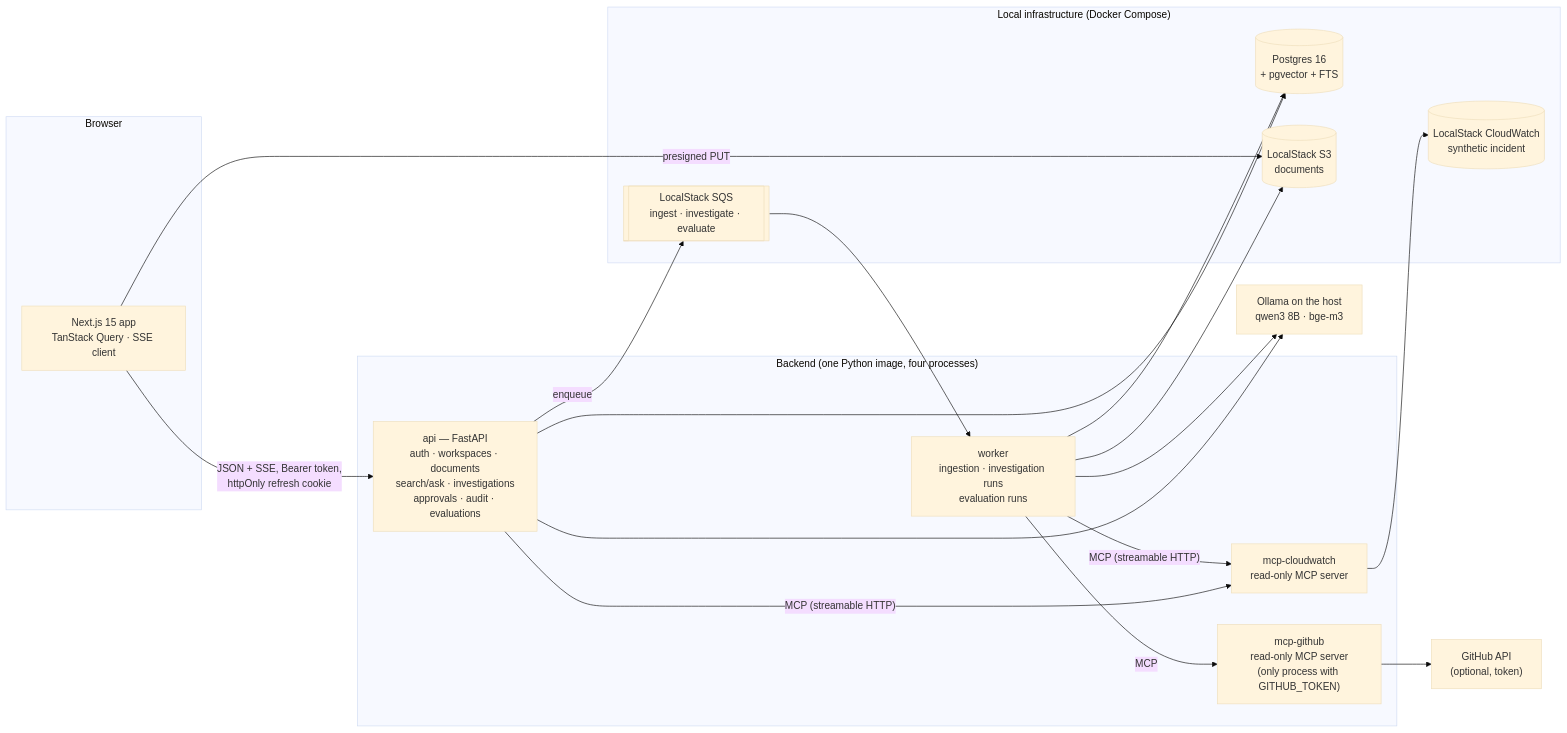
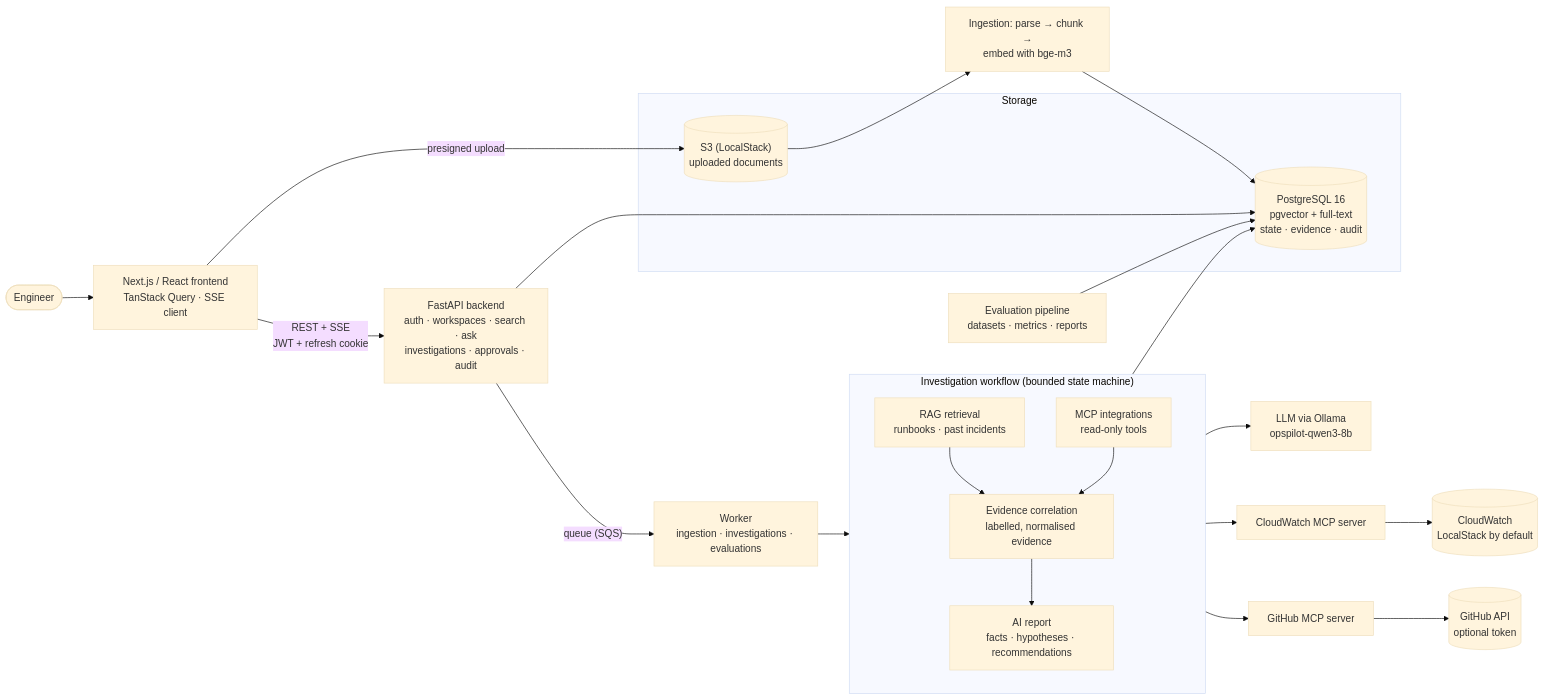
Before and after one commit to aryaansethi/opspilot: the first of 3 diagrams in README.md, drawn with Mermaid (base theme). The commit also changed other lines of this file and 4 other files, not shown here.

````diff
--- a/README.md
+++ b/README.md
@@ -35,38 +78,33 @@
 ```mermaid
 flowchart LR
-  subgraph Browser
-    UI["Next.js 15 app<br/>TanStack Query · SSE client"]
+  U([Engineer]) --> FE["Next.js / React frontend<br/>TanStack Query · SSE client"]
+  FE -- "REST + SSE<br/>JWT + refresh cookie" --> API["FastAPI backend<br/>auth · workspaces · search · ask<br/>investigations · approvals · audit"]
+  API -- "queue (SQS)" --> W["Worker<br/>ingestion · investigations · evaluations"]
+
+  subgraph WF["Investigation workflow (bounded state machine)"]
+    direction TB
+    RAG["RAG retrieval<br/>runbooks · past incidents"]
+    MCP["MCP integrations<br/>read-only tools"]
+    COR["Evidence correlation<br/>labelled, normalised evidence"]
+    REP["AI report<br/>facts · hypotheses · recommendations"]
+    RAG --> COR
+    MCP --> COR
+    COR --> REP
   end
 
-  subgraph Backend["Backend (one Python image, four processes)"]
-    API["api — FastAPI<br/>auth · workspaces · documents<br/>search/ask · investigations<br/>approvals · audit · evaluations"]
-    W["worker<br/>ingestion · investigation runs<br/>evaluation runs"]
-    MCW["mcp-cloudwatch<br/>read-only MCP server"]
-    MGH["mcp-github<br/>read-only MCP server<br/>(only process with GITHUB_TOKEN)"]
+  W --> WF
+  RAG --> DB
+  MCP --> CWS["CloudWatch MCP server"] --> CW[("CloudWatch<br/>LocalStack by default")]
+  MCP --> GHS["GitHub MCP server"] --> GH[("GitHub API<br/>optional token")]
+  REP --> LLM["LLM via Ollama<br/>opspilot-qwen3-8b"]
+
+  subgraph Data["Storage"]
+    DB[("PostgreSQL 16<br/>pgvector + full-text<br/>state · evidence · audit")]
+    S3[("S3 (LocalStack)<br/>uploaded documents")]
   end
 
-  subgraph Data["Local infrastructure (Docker Compose)"]
-    PG[("Postgres 16<br/>+ pgvector + FTS")]
-    S3[("LocalStack S3<br/>documents")]
-    Q[["LocalStack SQS<br/>ingest · investigate · evaluate"]]
-    CW[("LocalStack CloudWatch<br/>synthetic incident")]
-  end
-
-  LLM["Ollama on the host<br/>qwen3 8B · bge-m3"]
-  GH["GitHub API<br/>(optional, token)"]
-
-  UI -- "JSON + SSE, Bearer token,<br/>httpOnly refresh cookie" --> API
-  UI -- "presigned PUT" --> S3
-  API --> PG
-  API -- enqueue --> Q
-  Q --> W
-  W --> PG
-  W --> S3
-  API -- "MCP (streamable HTTP)" --> MCW
-  W -- "MCP (streamable HTTP)" --> MCW
-  W -- "MCP" --> MGH
-  MCW --> CW
-  MGH --> GH
-  API --> LLM
-  W --> LLM
+  FE -- "presigned upload" --> S3
+  S3 --> ING["Ingestion: parse → chunk →<br/>embed with bge-m3"] --> DB
+  API --> DB
+  EV["Evaluation pipeline<br/>datasets · metrics · reports"] --> DB
 ```
````
